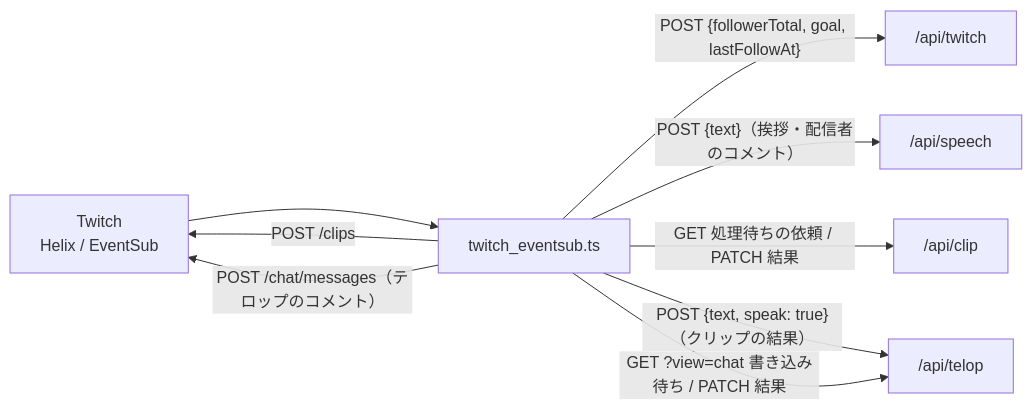
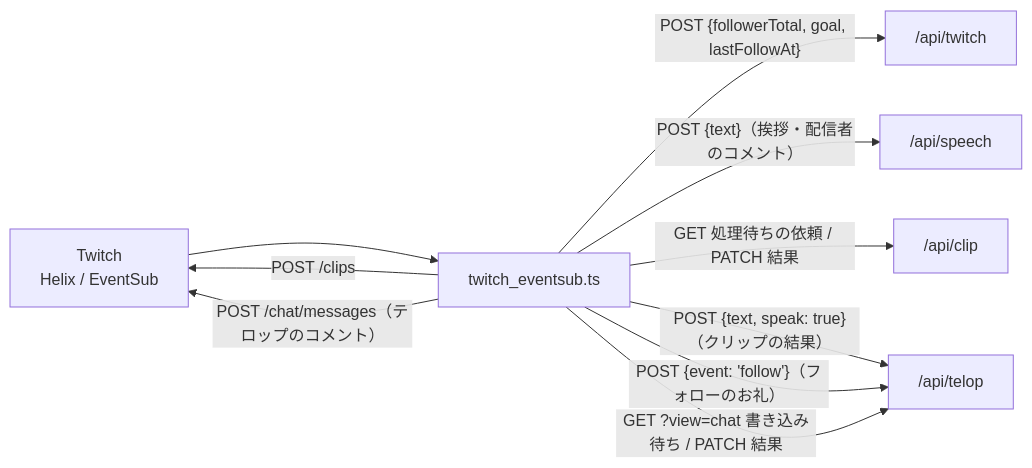
The third of 3 diagrams in README.md (eddie-splatoon/splatoon-point-counter), drawn with Mermaid before and after one commit. The commit also changed other lines of this file and 9 other files, not shown here.

````diff
--- a/README.md
+++ b/README.md
@@ -124,11 +130,12 @@
 ```mermaid
 flowchart LR
     TW["Twitch<br/>Helix / EventSub"] --> SCR["twitch_eventsub.ts"]
     SCR -- "POST {followerTotal, goal, lastFollowAt}" --> API["/api/twitch"]
     SCR -- "POST {text}（挨拶・配信者のコメント）" --> SP["/api/speech"]
     SCR -- "GET 処理待ちの依頼 / PATCH 結果" --> CLIP["/api/clip"]
     SCR -- "POST /clips" --> TW
     SCR -- "POST {text, speak: true}（クリップの結果）" --> TELOP["/api/telop"]
+    SCR -- "POST {event: 'follow'}（フォローのお礼）" --> TELOP
     SCR -- "GET ?view=chat 書き込み待ち / PATCH 結果" --> TELOP
     SCR -- "POST /chat/messages（テロップのコメント）" --> TW
 ```
````
